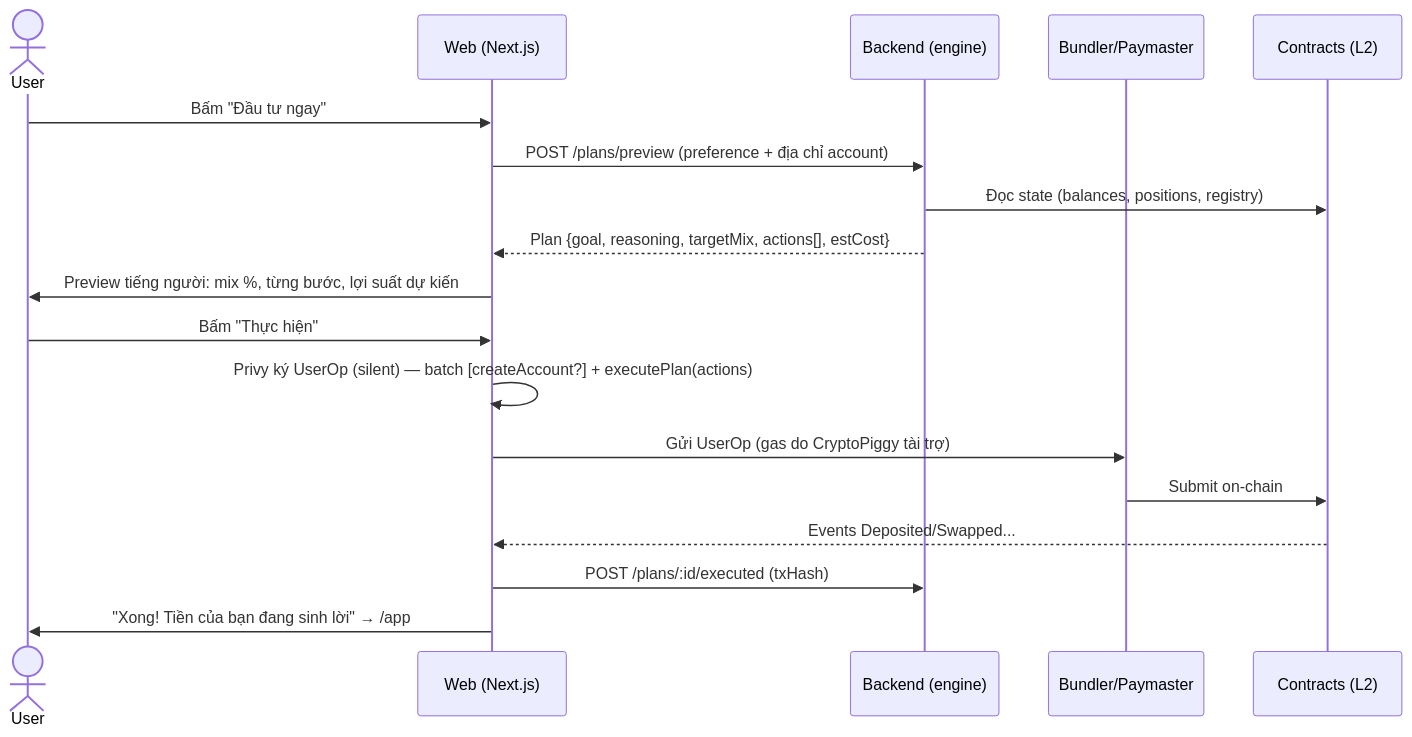
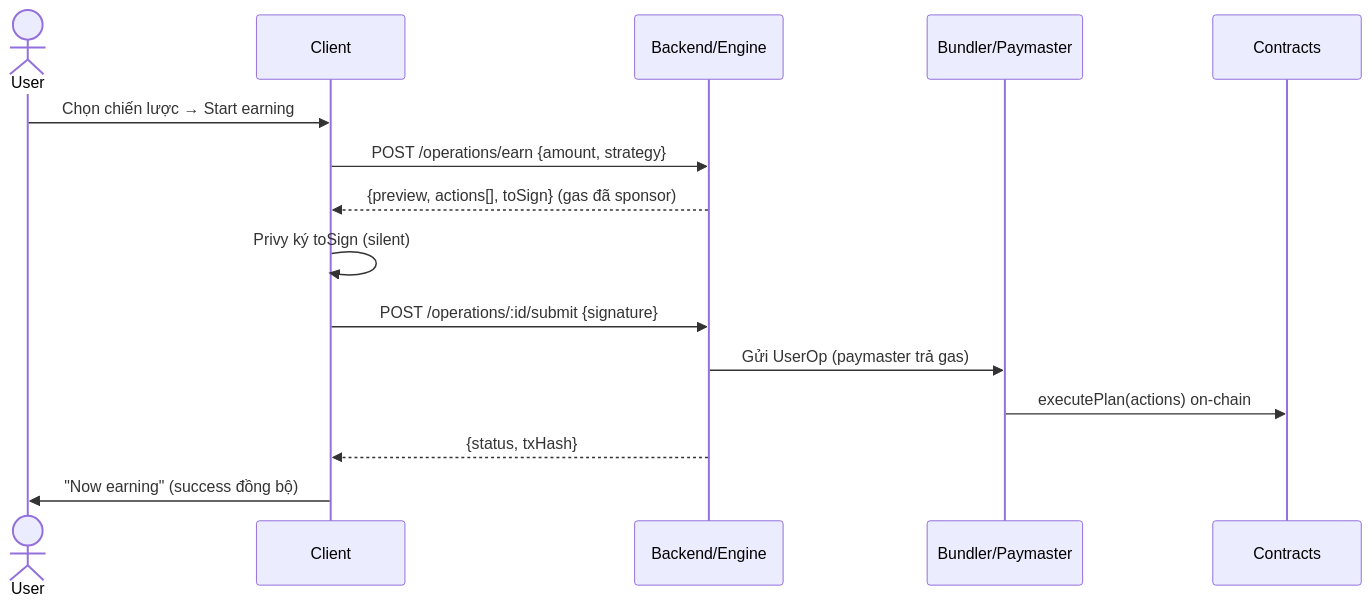
The second of 2 diagrams in FLOW.md (CryptoPiggy000/web), drawn with Mermaid before and after one commit. The commit also changed other lines of this file and 6 other files, not shown here.

First line of the commit message:
docs: rewrite FLOW.md to current design + audit-fix doc/code drift

````diff
--- a/FLOW.md
+++ b/FLOW.md
@@ -75,21 +96,18 @@
 ```mermaid
 sequenceDiagram
     actor U as User
-    participant FE as Web (Next.js)
-    participant BE as Backend (engine)
+    participant FE as Client
+    participant BE as Backend/Engine
     participant PM as Bundler/Paymaster
-    participant C as Contracts (L2)
+    participant C as Contracts
 
-    U->>FE: Bấm "Đầu tư ngay"
-    FE->>BE: POST /plans/preview (preference + địa chỉ account)
-    BE->>C: Đọc state (balances, positions, registry)
-    BE-->>FE: Plan {goal, reasoning, targetMix, actions[], estCost}
-    FE->>U: Preview tiếng người: mix %, từng bước, lợi suất dự kiến
-    U->>FE: Bấm "Thực hiện"
-    FE->>FE: Privy ký UserOp (silent) — batch [createAccount?] + executePlan(actions)
-    FE->>PM: Gửi UserOp (gas do CryptoPiggy tài trợ)
-    PM->>C: Submit on-chain
-    C-->>FE: Events Deposited/Swapped...
-    FE->>BE: POST /plans/:id/executed (txHash)
-    FE->>U: "Xong! Tiền của bạn đang sinh lời" → /app
+    U->>FE: Chọn chiến lược → Start earning
+    FE->>BE: POST /operations/earn {amount, strategy}
+    BE-->>FE: {preview, actions[], toSign}   (gas đã sponsor)
+    FE->>FE: Privy ký toSign (silent)
+    FE->>BE: POST /operations/:id/submit {signature}
+    BE->>PM: Gửi UserOp (paymaster trả gas)
+    PM->>C: executePlan(actions) on-chain
+    BE-->>FE: {status, txHash}
+    FE->>U: "Now earning" (success đồng bộ)
 ```
````
